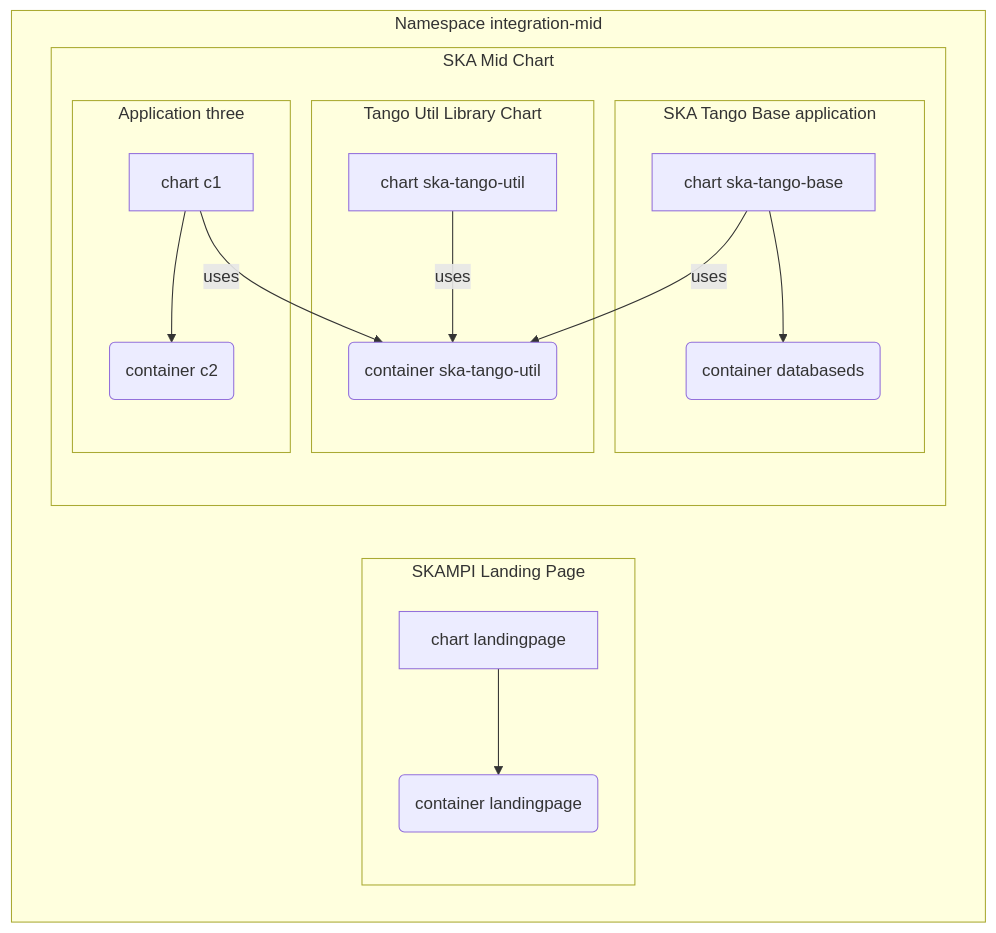
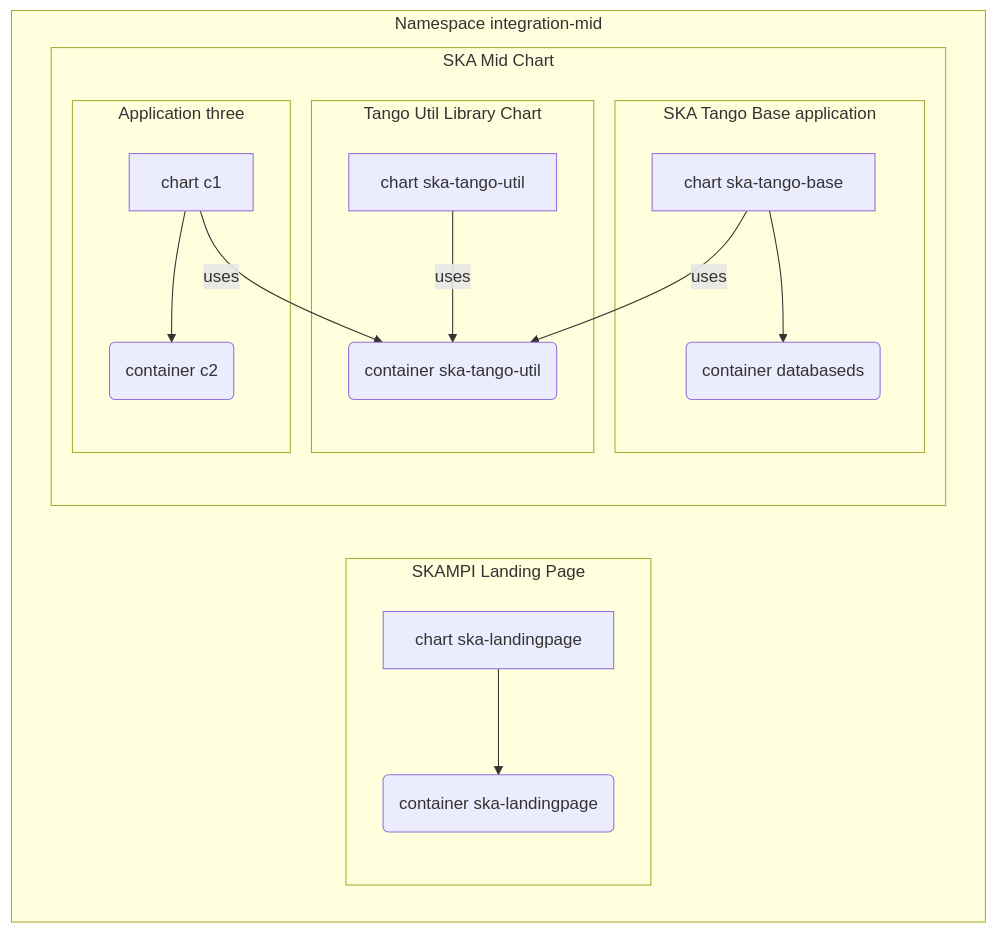
Before and after one commit to ska-telescope/skampi: the diagram in README.md, drawn with Mermaid. The commit also changed other lines of this file and 16 other files, not shown here.

````diff
--- a/README.md
+++ b/README.md
@@ -129,22 +129,22 @@
 ```{mermaid}
 flowchart TB
     subgraph "Namespace integration-mid"
       subgraph "SKAMPI Landing Page"
-        d1[chart landingpage] --> d2(container landingpage)
+        d1[chart ska-landingpage] --> d2(container ska-landingpage)
       end
       subgraph SKA Mid Chart
         subgraph "Tango Util Library Chart"
           a1[chart ska-tango-util]--> |uses| a2(container ska-tango-util)
         end
         subgraph "SKA Tango Base application"
           b1[chart ska-tango-base]-->b2(container databaseds)
           b1--> |uses| a2
         end
         subgraph "Application three"
           c1[chart c1]-->c2(container c2)
           c1--> |uses| a2
         end
       end
     end
 
 ```
````
